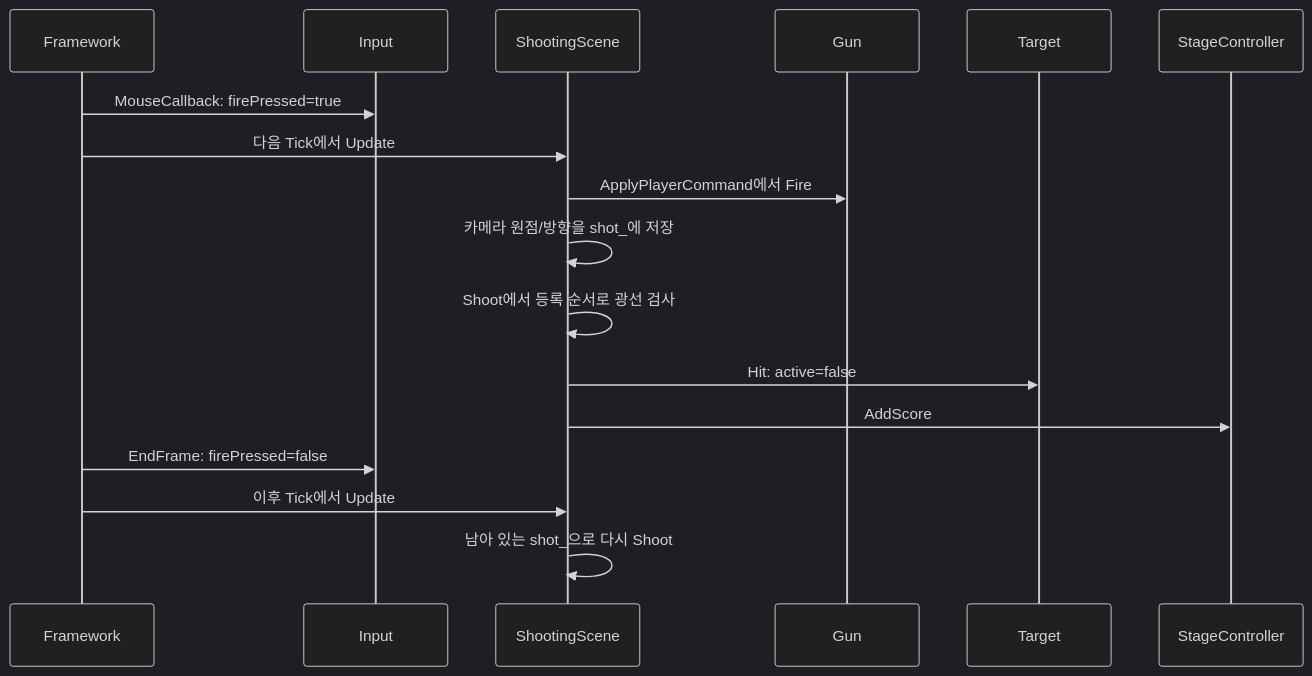
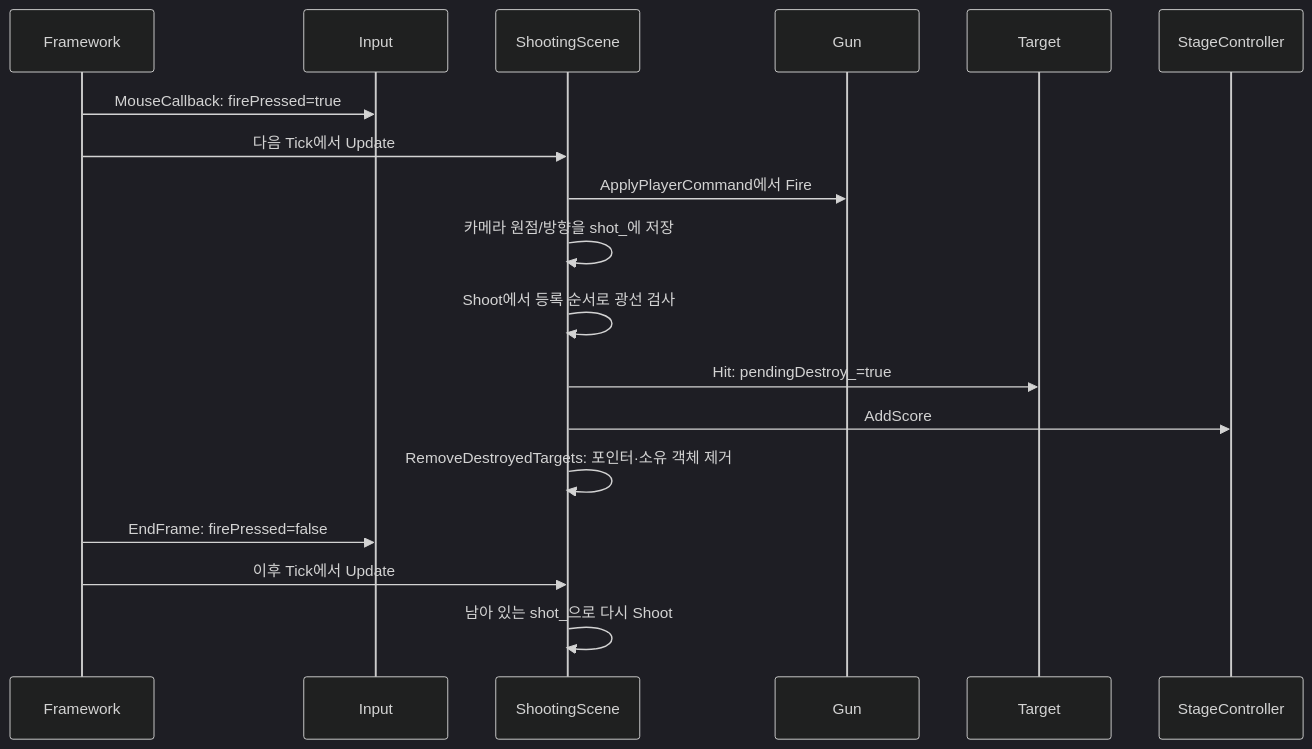
The third of 3 diagrams in CODE_ANALYSIS_GUIDE.md (JihoonYoon03/CG_Project), drawn with Mermaid (dark theme) before and after one commit. The commit also changed other lines of this file and 5 other files, not shown here.

````diff
--- a/CODE_ANALYSIS_GUIDE.md
+++ b/CODE_ANALYSIS_GUIDE.md
@@ -377,19 +380,20 @@
 ```mermaid
 sequenceDiagram
     participant F as Framework
     participant I as Input
     participant S as ShootingScene
     participant G as Gun
     participant T as Target
     participant C as StageController
     F->>I: MouseCallback: firePressed=true
     F->>S: 다음 Tick에서 Update
     S->>G: ApplyPlayerCommand에서 Fire
     S->>S: 카메라 원점/방향을 shot_에 저장
     S->>S: Shoot에서 등록 순서로 광선 검사
-    S->>T: Hit: active=false
+    S->>T: Hit: pendingDestroy_=true
     S->>C: AddScore
+    S->>S: RemoveDestroyedTargets: 포인터·소유 객체 제거
     F->>I: EndFrame: firePressed=false
     F->>S: 이후 Tick에서 Update
     S->>S: 남아 있는 shot_으로 다시 Shoot
 ```
````
